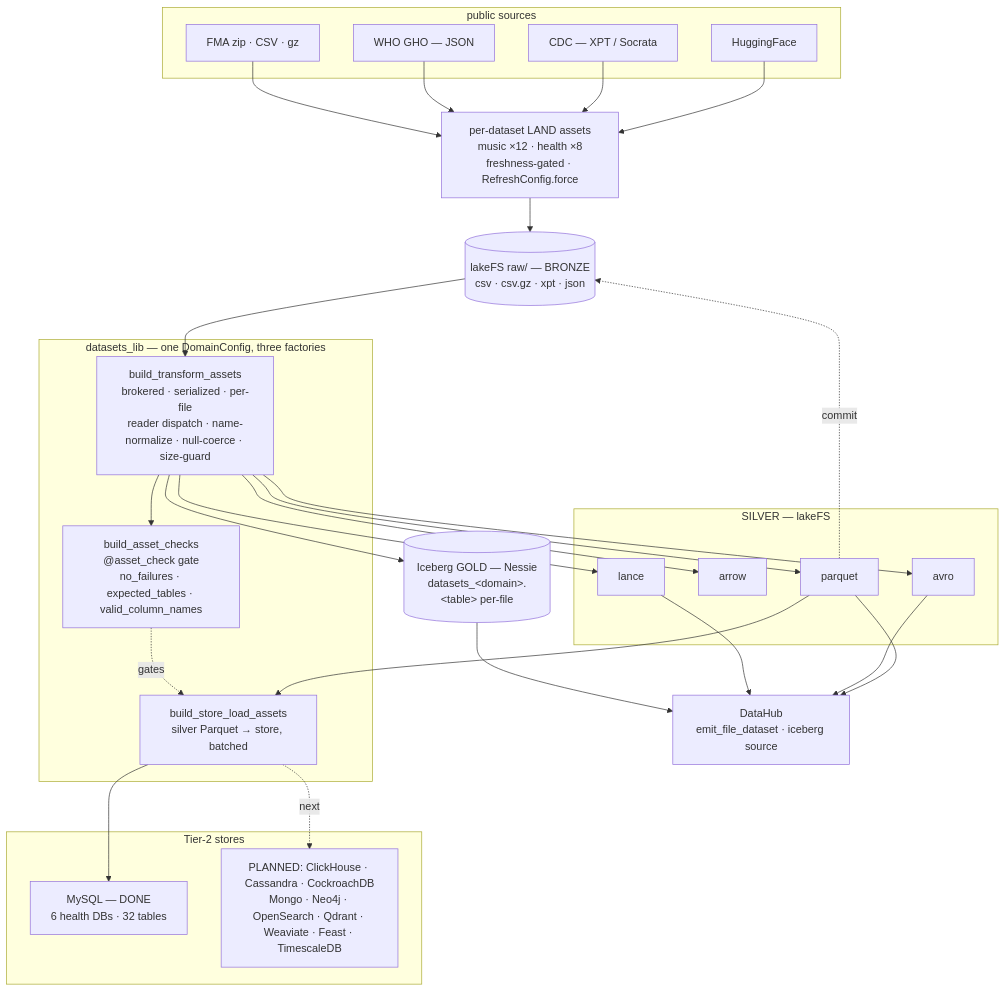
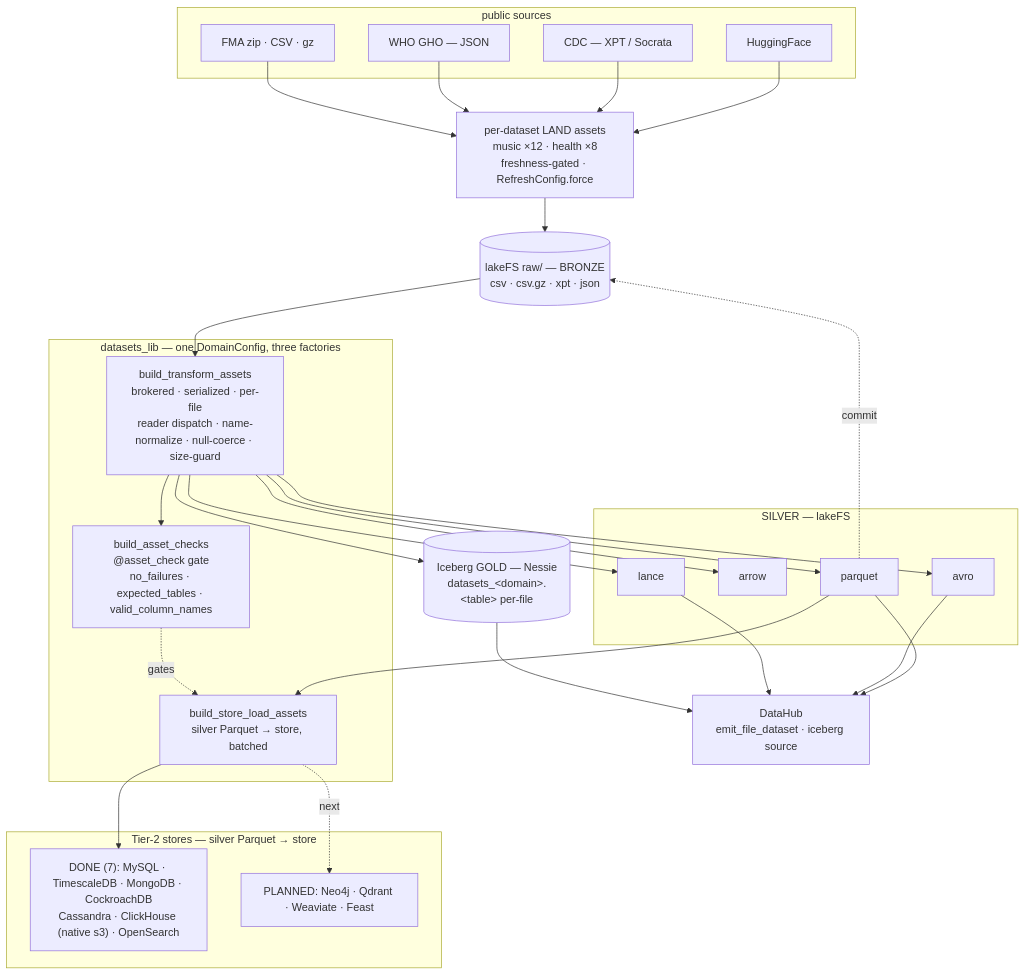
One commit to edtbl76/weyland-lab changed the diagram in docs/diagrams/flow-datasets-lakehouse.md. Above: the diagram before and after it, drawn with Mermaid. The commit also changed 2 other files, not shown here.

Commit message:
Documented Superset BI objectives for Tier-2 and future datasets, updated Tier-2 status in lakehouse diagrams, and improved ClickHouse integration details across architecture diagrams.

````diff
--- a/docs/diagrams/flow-datasets-lakehouse.md
+++ b/docs/diagrams/flow-datasets-lakehouse.md
@@ -8,55 +8,55 @@
 ```mermaid
 flowchart TB
   subgraph SRC["public sources"]
     HF["HuggingFace"]
     CDC["CDC — XPT / Socrata"]
     WHO["WHO GHO — JSON"]
     FMA["FMA zip · CSV · gz"]
   end
 
   LAND["per-dataset LAND assets<br/>music ×12 · health ×8<br/>freshness-gated · RefreshConfig.force"]
   RAW[("lakeFS raw/ — BRONZE<br/>csv · csv.gz · xpt · json")]
 
   subgraph LIB["datasets_lib — one DomainConfig, three factories"]
     T["build_transform_assets<br/>brokered · serialized · per-file<br/>reader dispatch · name-normalize · null-coerce · size-guard"]
     C["build_asset_checks<br/>@asset_check gate<br/>no_failures · expected_tables · valid_column_names"]
     L["build_store_load_assets<br/>silver Parquet → store, batched"]
   end
 
   subgraph SILVER["SILVER — lakeFS"]
     PQ["parquet"]
     AR["arrow"]
     AV["avro"]
     LN["lance"]
   end
   GOLD[("Iceberg GOLD — Nessie<br/>datasets_&lt;domain&gt;.&lt;table&gt; per-file")]
 
-  subgraph STORES["Tier-2 stores"]
-    MY["MySQL — DONE<br/>6 health DBs · 32 tables"]
-    PLAN["PLANNED: ClickHouse · Cassandra · CockroachDB<br/>Mongo · Neo4j · OpenSearch · Qdrant · Weaviate · Feast · TimescaleDB"]
+  subgraph STORES["Tier-2 stores — silver Parquet → store"]
+    DONE["DONE (7): MySQL · TimescaleDB · MongoDB · CockroachDB<br/>Cassandra · ClickHouse (native s3) · OpenSearch"]
+    PLAN["PLANNED: Neo4j · Qdrant · Weaviate · Feast"]
   end
 
   DH["DataHub<br/>emit_file_dataset · iceberg source"]
 
   HF --> LAND
   CDC --> LAND
   WHO --> LAND
   FMA --> LAND
   LAND --> RAW
   RAW --> T
   T --> PQ
   T --> AR
   T --> AV
   T --> LN
   T --> GOLD
   PQ -. commit .-> RAW
   T --> C
   PQ --> L
   C -. gates .-> L
-  L --> MY
+  L --> DONE
   L -. next .-> PLAN
   PQ --> DH
   AV --> DH
   LN --> DH
   GOLD --> DH
 ```
````
